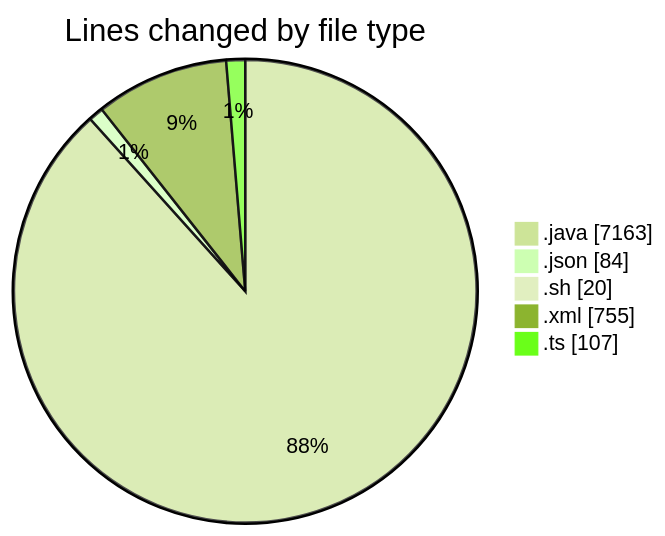
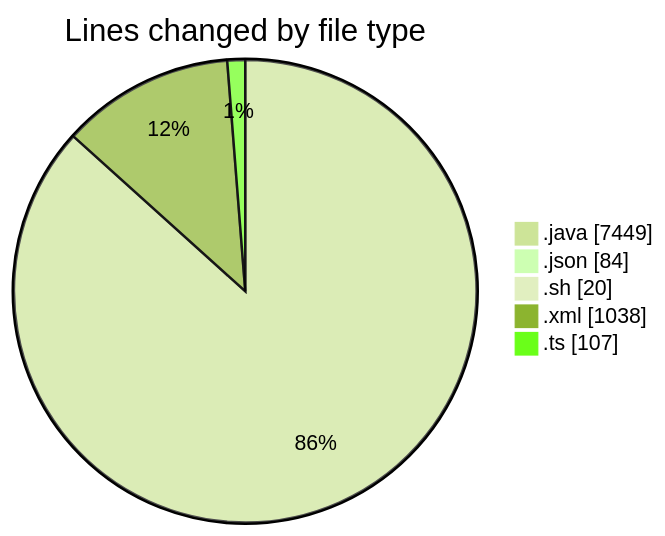
One commit to charlie-sans/code-tracking changed the first of 2 diagrams in 2025-02-23/micros/README.md. Above: the diagram before and after it, drawn with Mermaid (forest theme). The commit also changed other lines of this file and 1 other file, not shown here.

````diff
--- a/2025-02-23/micros/README.md
+++ b/2025-02-23/micros/README.md
@@ -53,9 +53,9 @@
 ```mermaid
 pie showData
 title Lines changed by file type
-".java" : 7163
+".java" : 7449
 ".json" : 84
 ".sh" : 20
-".xml" : 755
+".xml" : 1038
 ".ts" : 107
 ```
````
